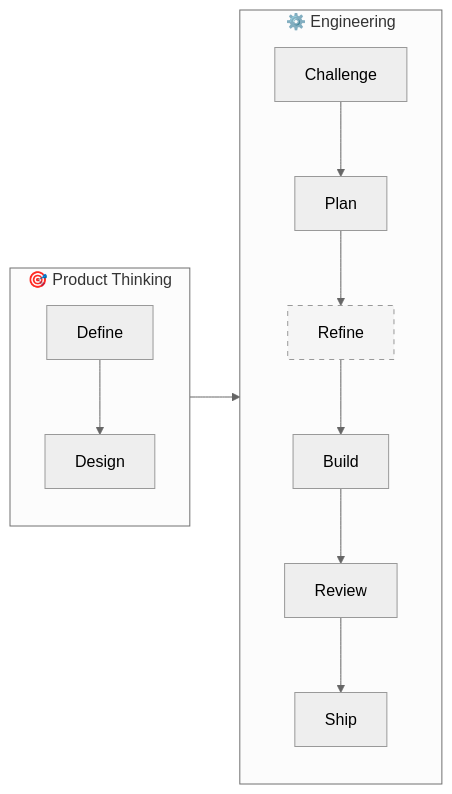
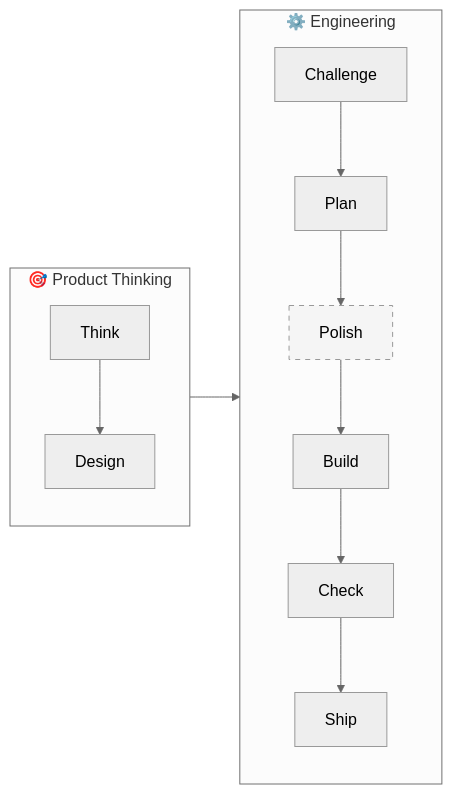
Before and after one commit to jrmoore-git/claude-build-os: the first of 4 diagrams in README.md, drawn with Mermaid (neutral theme). The commit also changed other lines of this file and 6 other files, not shown here.

````diff
--- a/README.md
+++ b/README.md
@@ -25,18 +25,18 @@
 ```mermaid
 flowchart LR
     subgraph Product["🎯 Product Thinking"]
         direction TB
-        A[Define] --> B[Design]
+        A[Think] --> B[Design]
     end
     subgraph Engineering["⚙️ Engineering"]
         direction TB
         C[Challenge] --> D[Plan]
-        D --> E[Refine]
+        D --> E[Polish]
         E --> F[Build]
-        F --> G[Review]
+        F --> G[Check]
         G --> H[Ship]
     end
     Product --> Engineering
 
     style E fill:#f5f5f5,stroke:#999,stroke-dasharray: 5 5
 ```
````
